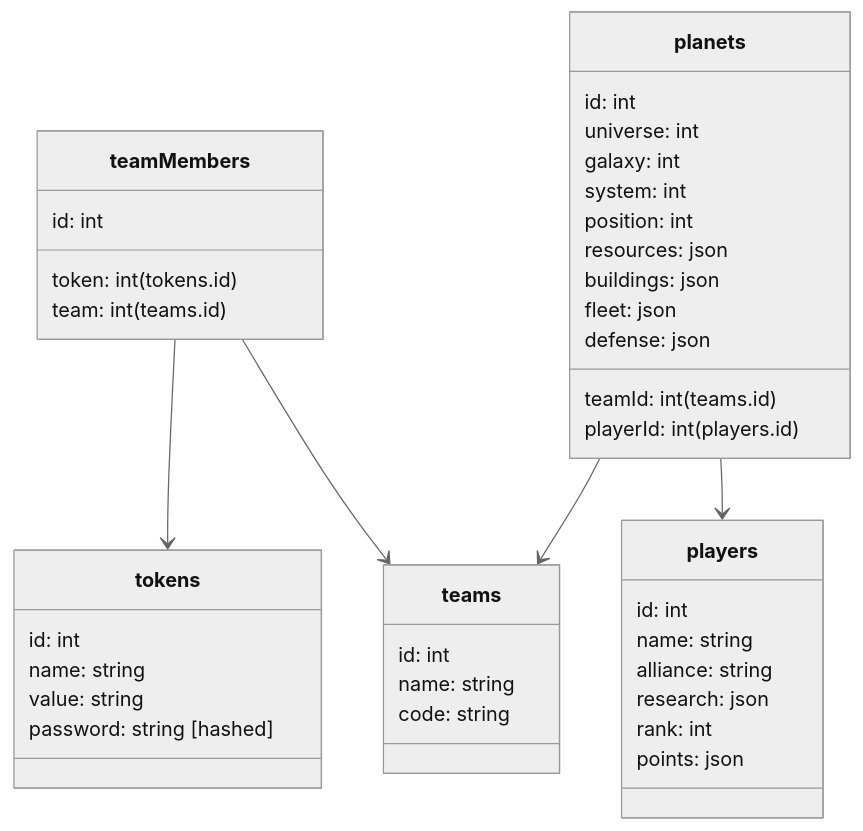
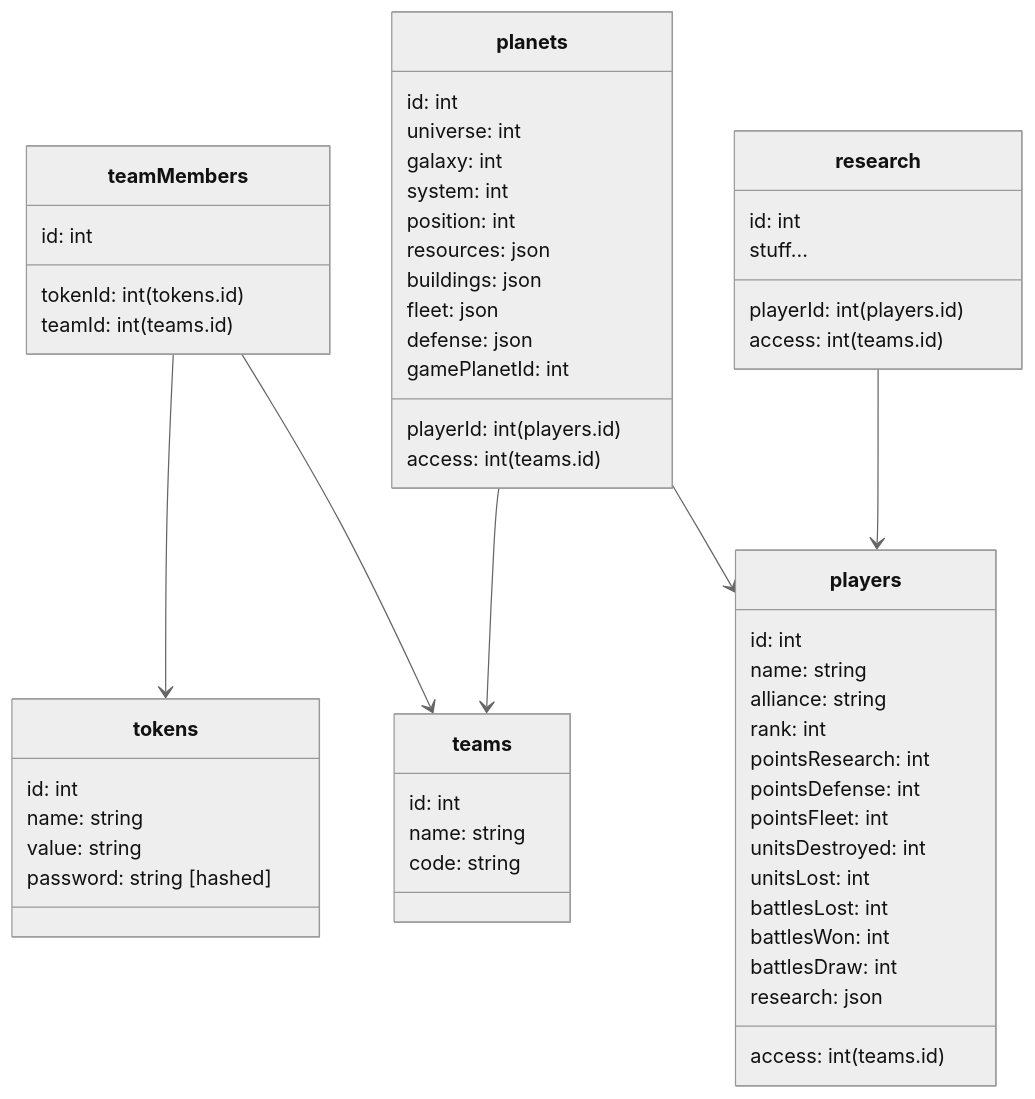
Before and after one commit to anoff/teamview: the diagram in readme.md, drawn with Mermaid (neutral theme). The commit also changed other lines of this file and 12 other files, not shown here.

````diff
--- a/readme.md
+++ b/readme.md
@@ -24,44 +24,60 @@
 ```mermaid
 classDiagram
   teamMembers --> teams
   teamMembers --> tokens
   planets --> players
   planets --> teams
+  research --> players
   class tokens {
     id: int
     name: string
     value: string
     password: string [hashed]
   }
   class teams {
     id: int
     name: string
     code: string
   }
   class teamMembers {
     id: int
-    token: int (tokens.id)
-    team: int (teams.id)
+    tokenId: int (tokens.id)
+    teamId: int (teams.id)
   }
   class planets {
     id: int
-    teamId: int (teams.id)
     universe: int
     galaxy: int
     system: int
     position: int
     resources: json
     buildings: json
     fleet: json
     defense: json
+    gamePlanetId: int
     playerId: int (players.id)
+    access: int (teams.id)
   }
   class players {
     id: int
     name: string
     alliance: string
+    rank: int
+    pointsResearch: int
+    pointsDefense: int
+    pointsFleet: int
+    unitsDestroyed: int
+    unitsLost: int
+    battlesLost: int
+    battlesWon: int
+    battlesDraw: int
     research: json
-    rank: int
-    points: json
+    access: int (teams.id)
+  }
+  class research {
+    id: int
+    stuff...
+    playerId: int (players.id)
+    access: int (teams.id)
   }
 ```
````
